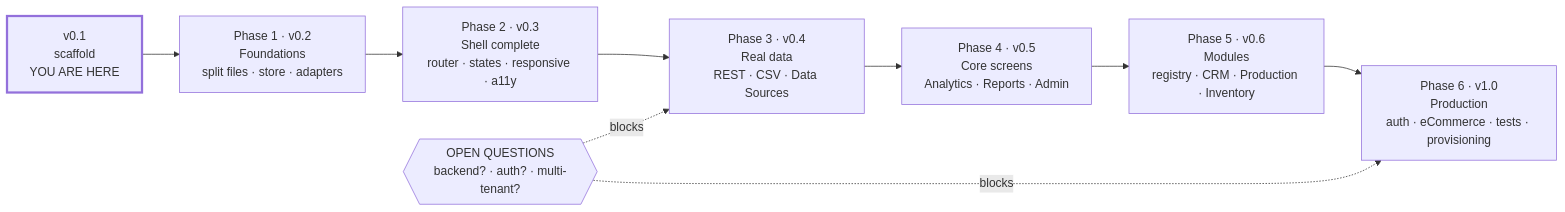
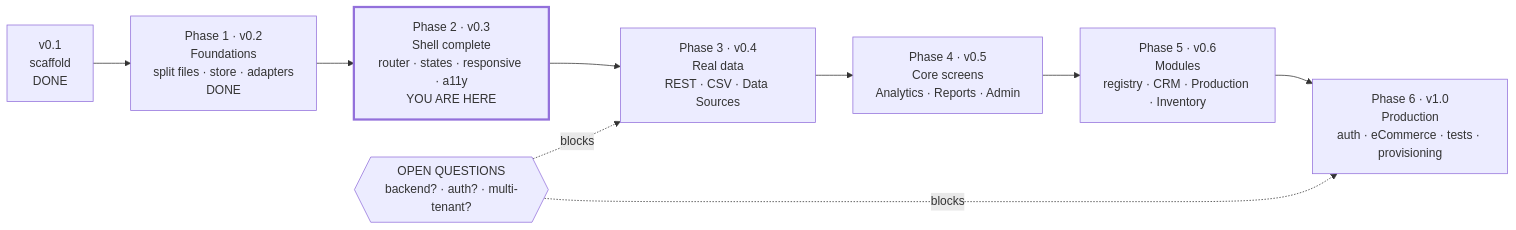
The first of 2 diagrams in docs/ROADMAP.md (rixsta16/prism), drawn with Mermaid before and after one commit. The commit also changed other lines of this file and 39 other files, not shown here.

First line of the commit message:
feat: build every screen in the sidebar on a real store and router

````diff
--- a/docs/ROADMAP.md
+++ b/docs/ROADMAP.md
@@ -41,15 +43,15 @@
 ```mermaid
 flowchart LR
-    v01["v0.1<br/>scaffold<br/>YOU ARE HERE"] --> p1["Phase 1 · v0.2<br/>Foundations<br/>split files · store · adapters"]
-    p1 --> p2["Phase 2 · v0.3<br/>Shell complete<br/>router · states · responsive · a11y"]
+    v01["v0.1<br/>scaffold<br/>DONE"] --> p1["Phase 1 · v0.2<br/>Foundations<br/>split files · store · adapters<br/>DONE"]
+    p1 --> p2["Phase 2 · v0.3<br/>Shell complete<br/>router · states · responsive · a11y<br/>YOU ARE HERE"]
     p2 --> p3["Phase 3 · v0.4<br/>Real data<br/>REST · CSV · Data Sources"]
     p3 --> p4["Phase 4 · v0.5<br/>Core screens<br/>Analytics · Reports · Admin"]
     p4 --> p5["Phase 5 · v0.6<br/>Modules<br/>registry · CRM · Production · Inventory"]
     p5 --> p6["Phase 6 · v1.0<br/>Production<br/>auth · eCommerce · tests · provisioning"]
 
     q{{"OPEN QUESTIONS<br/>backend? · auth? · multi-tenant?"}} -.blocks.-> p3
     q -.blocks.-> p6
 
     classDef now stroke-width:3px
-    class v01 now
+    class p2 now
 ```
````
